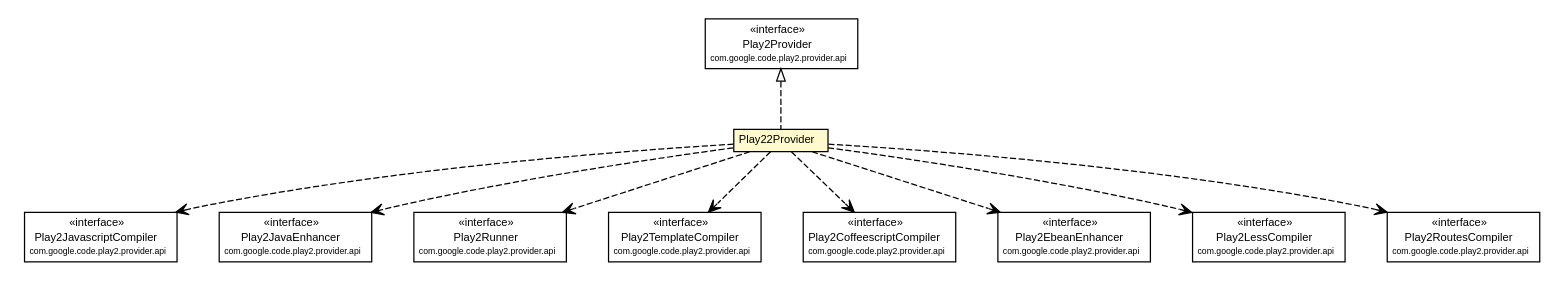
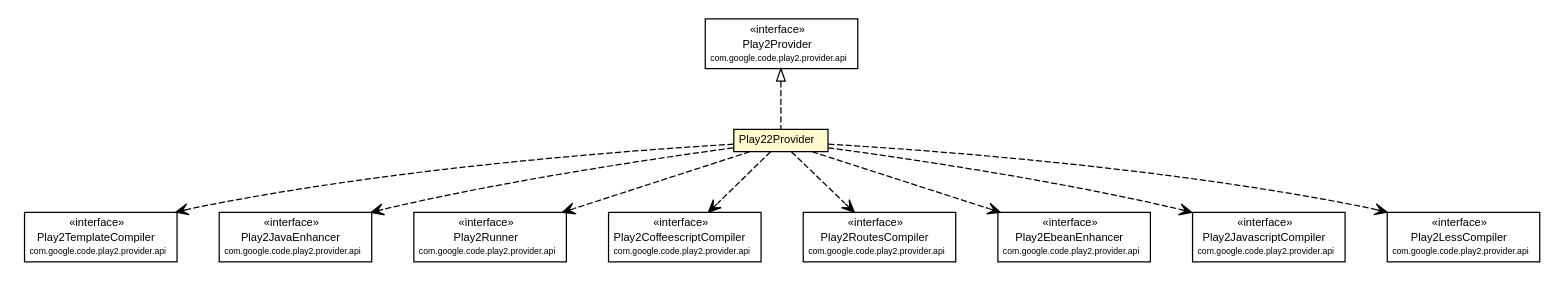
One commit to play2-maven-plugin/play2-maven-plugin.github.io changed the diagram in play2-maven-plugin/1.0.0-beta5-SNAPSHOT/play2-providers/play2-provider-play22/apidocs/com/google/code/play2/provider/play22/Play22Provider.dot. Above: the diagram before and after it, drawn with Graphviz. The commit also changed 145 other files, not shown here.

```diff
--- a/play2-maven-plugin/1.0.0-beta5-SNAPSHOT/play2-providers/play2-provider-play22/apidocs/com/google/code/play2/provider/play22/Play22Provider.dot
+++ b/play2-maven-plugin/1.0.0-beta5-SNAPSHOT/play2-providers/play2-provider-play22/apidocs/com/google/code/play2/provider/play22/Play22Provider.dot
@@ -1,108 +1,108 @@
 #!/usr/local/bin/dot
 #
 # Class diagram 
 # Generated by UMLGraph version R5_6-24-gf6e263 (http://www.umlgraph.org/)
 #
 
 digraph G {
 	edge [fontname="arial",fontsize=10,labelfontname="arial",labelfontsize=10];
 	node [fontname="arial",fontsize=10,shape=plaintext];
 	nodesep=0.25;
 	ranksep=0.5;
 	// com.google.code.play2.provider.play22.Play22Provider
 	c189 [label=<<table title="com.google.code.play2.provider.play22.Play22Provider" border="0" cellborder="1" cellspacing="0" cellpadding="2" port="p" bgcolor="lemonChiffon" href="./Play22Provider.html">
 		<tr><td><table border="0" cellspacing="0" cellpadding="1">
 <tr><td align="center" balign="center"> Play22Provider </td></tr>
 		</table></td></tr>
 		</table>>, URL="./Play22Provider.html", fontname="arial", fontcolor="black", fontsize=9.0];
 	//com.google.code.play2.provider.play22.Play22Provider implements com.google.code.play2.provider.api.Play2Provider
 	c198:p -> c189:p [dir=back,arrowtail=empty,style=dashed];
-	// com.google.code.play2.provider.play22.Play22Provider DEPEND com.google.code.play2.provider.api.Play2JavascriptCompiler
+	// com.google.code.play2.provider.play22.Play22Provider DEPEND com.google.code.play2.provider.api.Play2TemplateCompiler
 	c189:p -> c199:p [taillabel="", label="", headlabel="", fontname="arial", fontcolor="black", fontsize=10.0, color="black", arrowhead=open, style=dashed];
 	// com.google.code.play2.provider.play22.Play22Provider DEPEND com.google.code.play2.provider.api.Play2JavaEnhancer
 	c189:p -> c200:p [taillabel="", label="", headlabel="", fontname="arial", fontcolor="black", fontsize=10.0, color="black", arrowhead=open, style=dashed];
 	// com.google.code.play2.provider.play22.Play22Provider DEPEND com.google.code.play2.provider.api.Play2Runner
 	c189:p -> c201:p [taillabel="", label="", headlabel="", fontname="arial", fontcolor="black", fontsize=10.0, color="black", arrowhead=open, style=dashed];
-	// com.google.code.play2.provider.play22.Play22Provider DEPEND com.google.code.play2.provider.api.Play2TemplateCompiler
+	// com.google.code.play2.provider.play22.Play22Provider DEPEND com.google.code.play2.provider.api.Play2CoffeescriptCompiler
 	c189:p -> c202:p [taillabel="", label="", headlabel="", fontname="arial", fontcolor="black", fontsize=10.0, color="black", arrowhead=open, style=dashed];
-	// com.google.code.play2.provider.play22.Play22Provider DEPEND com.google.code.play2.provider.api.Play2CoffeescriptCompiler
+	// com.google.code.play2.provider.play22.Play22Provider DEPEND com.google.code.play2.provider.api.Play2RoutesCompiler
 	c189:p -> c203:p [taillabel="", label="", headlabel="", fontname="arial", fontcolor="black", fontsize=10.0, color="black", arrowhead=open, style=dashed];
 	// com.google.code.play2.provider.play22.Play22Provider DEPEND com.google.code.play2.provider.api.Play2EbeanEnhancer
 	c189:p -> c204:p [taillabel="", label="", headlabel="", fontname="arial", fontcolor="black", fontsize=10.0, color="black", arrowhead=open, style=dashed];
+	// com.google.code.play2.provider.play22.Play22Provider DEPEND com.google.code.play2.provider.api.Play2JavascriptCompiler
+	c189:p -> c205:p [taillabel="", label="", headlabel="", fontname="arial", fontcolor="black", fontsize=10.0, color="black", arrowhead=open, style=dashed];
 	// com.google.code.play2.provider.play22.Play22Provider DEPEND com.google.code.play2.provider.api.Play2LessCompiler
-	c189:p -> c205:p [taillabel="", label="", headlabel="", fontname="arial", fontcolor="black", fontsize=10.0, color="black", arrowhead=open, style=dashed];
-	// com.google.code.play2.provider.play22.Play22Provider DEPEND com.google.code.play2.provider.api.Play2RoutesCompiler
 	c189:p -> c206:p [taillabel="", label="", headlabel="", fontname="arial", fontcolor="black", fontsize=10.0, color="black", arrowhead=open, style=dashed];
 	// com.google.code.play2.provider.api.Play2Provider
 	c198 [label=<<table title="com.google.code.play2.provider.api.Play2Provider" border="0" cellborder="1" cellspacing="0" cellpadding="2" port="p">
 		<tr><td><table border="0" cellspacing="0" cellpadding="1">
 <tr><td align="center" balign="center"> &#171;interface&#187; </td></tr>
 <tr><td align="center" balign="center"> Play2Provider </td></tr>
 <tr><td align="center" balign="center"><font point-size="7.0"> com.google.code.play2.provider.api </font></td></tr>
 		</table></td></tr>
 		</table>>, URL="null", fontname="arial", fontcolor="black", fontsize=9.0];
 	// com.google.code.play2.provider.api.Play2RoutesCompiler
-	c206 [label=<<table title="com.google.code.play2.provider.api.Play2RoutesCompiler" border="0" cellborder="1" cellspacing="0" cellpadding="2" port="p">
+	c203 [label=<<table title="com.google.code.play2.provider.api.Play2RoutesCompiler" border="0" cellborder="1" cellspacing="0" cellpadding="2" port="p">
 		<tr><td><table border="0" cellspacing="0" cellpadding="1">
 <tr><td align="center" balign="center"> &#171;interface&#187; </td></tr>
 <tr><td align="center" balign="center"> Play2RoutesCompiler </td></tr>
 <tr><td align="center" balign="center"><font point-size="7.0"> com.google.code.play2.provider.api </font></td></tr>
 		</table></td></tr>
 		</table>>, URL="null", fontname="arial", fontcolor="black", fontsize=9.0];
 	// com.google.code.play2.provider.api.Play2LessCompiler
-	c205 [label=<<table title="com.google.code.play2.provider.api.Play2LessCompiler" border="0" cellborder="1" cellspacing="0" cellpadding="2" port="p">
+	c206 [label=<<table title="com.google.code.play2.provider.api.Play2LessCompiler" border="0" cellborder="1" cellspacing="0" cellpadding="2" port="p">
 		<tr><td><table border="0" cellspacing="0" cellpadding="1">
 <tr><td align="center" balign="center"> &#171;interface&#187; </td></tr>
 <tr><td align="center" balign="center"> Play2LessCompiler </td></tr>
 <tr><td align="center" balign="center"><font point-size="7.0"> com.google.code.play2.provider.api </font></td></tr>
 		</table></td></tr>
 		</table>>, URL="null", fontname="arial", fontcolor="black", fontsize=9.0];
 	// com.google.code.play2.provider.api.Play2TemplateCompiler
-	c202 [label=<<table title="com.google.code.play2.provider.api.Play2TemplateCompiler" border="0" cellborder="1" cellspacing="0" cellpadding="2" port="p">
+	c199 [label=<<table title="com.google.code.play2.provider.api.Play2TemplateCompiler" border="0" cellborder="1" cellspacing="0" cellpadding="2" port="p">
 		<tr><td><table border="0" cellspacing="0" cellpadding="1">
 <tr><td align="center" balign="center"> &#171;interface&#187; </td></tr>
 <tr><td align="center" balign="center"> Play2TemplateCompiler </td></tr>
 <tr><td align="center" balign="center"><font point-size="7.0"> com.google.code.play2.provider.api </font></td></tr>
 		</table></td></tr>
 		</table>>, URL="null", fontname="arial", fontcolor="black", fontsize=9.0];
 	// com.google.code.play2.provider.api.Play2CoffeescriptCompiler
-	c203 [label=<<table title="com.google.code.play2.provider.api.Play2CoffeescriptCompiler" border="0" cellborder="1" cellspacing="0" cellpadding="2" port="p">
+	c202 [label=<<table title="com.google.code.play2.provider.api.Play2CoffeescriptCompiler" border="0" cellborder="1" cellspacing="0" cellpadding="2" port="p">
 		<tr><td><table border="0" cellspacing="0" cellpadding="1">
 <tr><td align="center" balign="center"> &#171;interface&#187; </td></tr>
 <tr><td align="center" balign="center"> Play2CoffeescriptCompiler </td></tr>
 <tr><td align="center" balign="center"><font point-size="7.0"> com.google.code.play2.provider.api </font></td></tr>
 		</table></td></tr>
 		</table>>, URL="null", fontname="arial", fontcolor="black", fontsize=9.0];
 	// com.google.code.play2.provider.api.Play2EbeanEnhancer
 	c204 [label=<<table title="com.google.code.play2.provider.api.Play2EbeanEnhancer" border="0" cellborder="1" cellspacing="0" cellpadding="2" port="p">
 		<tr><td><table border="0" cellspacing="0" cellpadding="1">
 <tr><td align="center" balign="center"> &#171;interface&#187; </td></tr>
 <tr><td align="center" balign="center"> Play2EbeanEnhancer </td></tr>
 <tr><td align="center" balign="center"><font point-size="7.0"> com.google.code.play2.provider.api </font></td></tr>
 		</table></td></tr>
 		</table>>, URL="null", fontname="arial", fontcolor="black", fontsize=9.0];
 	// com.google.code.play2.provider.api.Play2JavascriptCompiler
-	c199 [label=<<table title="com.google.code.play2.provider.api.Play2JavascriptCompiler" border="0" cellborder="1" cellspacing="0" cellpadding="2" port="p">
+	c205 [label=<<table title="com.google.code.play2.provider.api.Play2JavascriptCompiler" border="0" cellborder="1" cellspacing="0" cellpadding="2" port="p">
 		<tr><td><table border="0" cellspacing="0" cellpadding="1">
 <tr><td align="center" balign="center"> &#171;interface&#187; </td></tr>
 <tr><td align="center" balign="center"> Play2JavascriptCompiler </td></tr>
 <tr><td align="center" balign="center"><font point-size="7.0"> com.google.code.play2.provider.api </font></td></tr>
 		</table></td></tr>
 		</table>>, URL="null", fontname="arial", fontcolor="black", fontsize=9.0];
 	// com.google.code.play2.provider.api.Play2JavaEnhancer
 	c200 [label=<<table title="com.google.code.play2.provider.api.Play2JavaEnhancer" border="0" cellborder="1" cellspacing="0" cellpadding="2" port="p">
 		<tr><td><table border="0" cellspacing="0" cellpadding="1">
 <tr><td align="center" balign="center"> &#171;interface&#187; </td></tr>
 <tr><td align="center" balign="center"> Play2JavaEnhancer </td></tr>
 <tr><td align="center" balign="center"><font point-size="7.0"> com.google.code.play2.provider.api </font></td></tr>
 		</table></td></tr>
 		</table>>, URL="null", fontname="arial", fontcolor="black", fontsize=9.0];
 	// com.google.code.play2.provider.api.Play2Runner
 	c201 [label=<<table title="com.google.code.play2.provider.api.Play2Runner" border="0" cellborder="1" cellspacing="0" cellpadding="2" port="p">
 		<tr><td><table border="0" cellspacing="0" cellpadding="1">
 <tr><td align="center" balign="center"> &#171;interface&#187; </td></tr>
 <tr><td align="center" balign="center"> Play2Runner </td></tr>
 <tr><td align="center" balign="center"><font point-size="7.0"> com.google.code.play2.provider.api </font></td></tr>
 		</table></td></tr>
 		</table>>, URL="null", fontname="arial", fontcolor="black", fontsize=9.0];
 }
```
